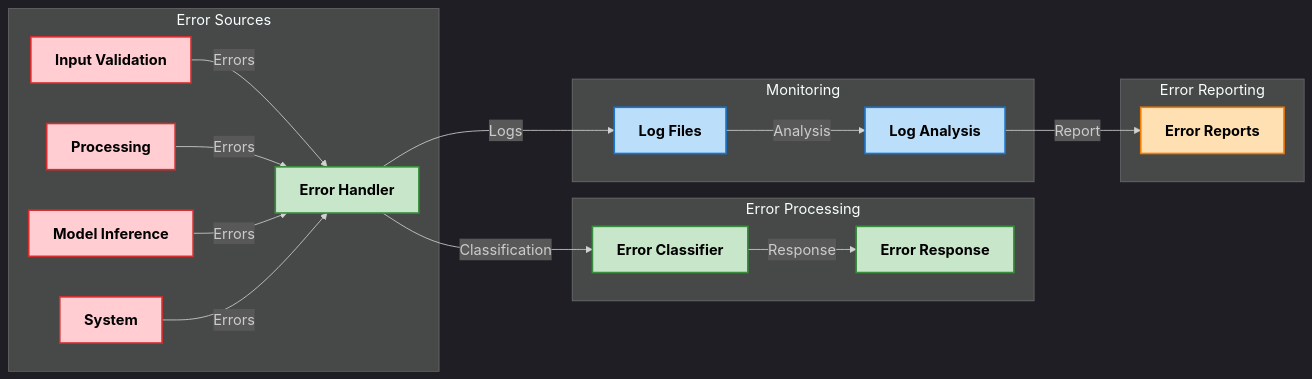
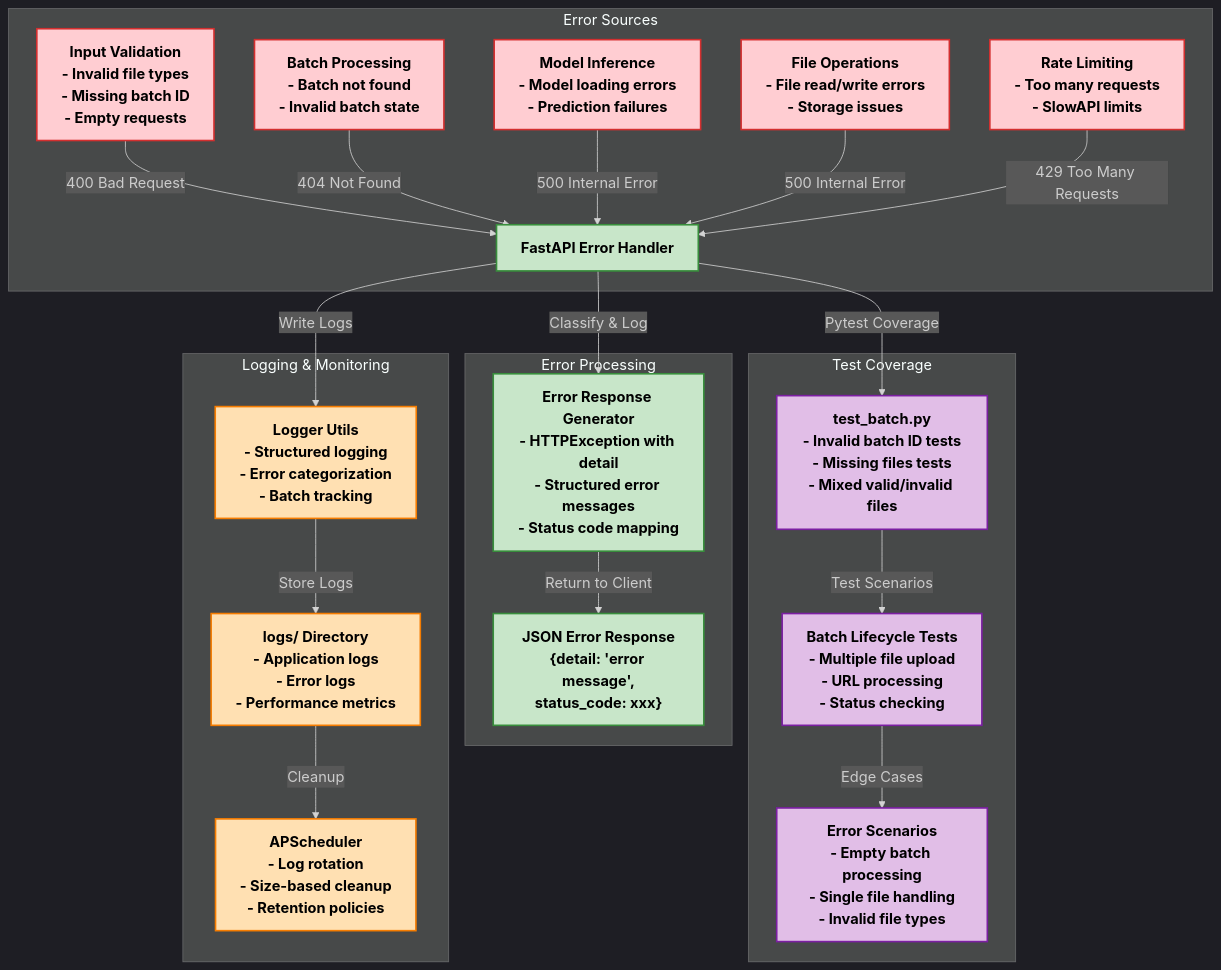
Before and after one commit to Dhruv0306/SymphonyProject1: the seventh of 9 diagrams in README.md, drawn with Mermaid. The commit also changed other lines of this file and 36 other files, not shown here.

First line of the commit message:
docs: enhance architecture and feature documentation

````diff
--- a/README.md
+++ b/README.md
@@ -429,34 +576,42 @@
 ```mermaid
 %%{init: {'theme': 'dark', 'themeVariables': { 'fontFamily': 'arial', 'fontSize': '18px', 'fontWeight': 'bold'}}}%%
-graph LR
+graph TD
     subgraph "Error Sources"
         style A1 fill:#ffcdd2,stroke:#d32f2f,stroke-width:2px,color:#000000,font-weight:bold
         style A2 fill:#ffcdd2,stroke:#d32f2f,stroke-width:2px,color:#000000,font-weight:bold
         style A3 fill:#ffcdd2,stroke:#d32f2f,stroke-width:2px,color:#000000,font-weight:bold
         style A4 fill:#ffcdd2,stroke:#d32f2f,stroke-width:2px,color:#000000,font-weight:bold
-        A1["Input Validation"] -->|"Errors"| B["Error Handler"]
-        A2["Processing"] -->|"Errors"| B
-        A3["Model Inference"] -->|"Errors"| B
-        A4["System"] -->|"Errors"| B
+        style A5 fill:#ffcdd2,stroke:#d32f2f,stroke-width:2px,color:#000000,font-weight:bold
+        A1["Input Validation<br/>- Invalid file types<br/>- Missing batch ID<br/>- Empty requests"] -->|"400 Bad Request"| B["FastAPI Error Handler"]
+        A2["Batch Processing<br/>- Batch not found<br/>- Invalid batch state"] -->|"404 Not Found"| B
+        A3["Model Inference<br/>- Model loading errors<br/>- Prediction failures"] -->|"500 Internal Error"| B
+        A4["File Operations<br/>- File read/write errors<br/>- Storage issues"] -->|"500 Internal Error"| B
+        A5["Rate Limiting<br/>- Too many requests<br/>- SlowAPI limits"] -->|"429 Too Many Requests"| B
     end
 
     subgraph "Error Processing"
         style B fill:#c8e6c9,stroke:#388e3c,stroke-width:2px,color:#000000,font-weight:bold
         style C fill:#c8e6c9,stroke:#388e3c,stroke-width:2px,color:#000000,font-weight:bold
         style D fill:#c8e6c9,stroke:#388e3c,stroke-width:2px,color:#000000,font-weight:bold
-        B -->|"Classification"| C["Error Classifier"]
-        C -->|"Response"| D["Error Response"]
+        B -->|"Classify & Log"| C["Error Response Generator<br/>- HTTPException with detail<br/>- Structured error messages<br/>- Status code mapping"]
+        C -->|"Return to Client"| D["JSON Error Response<br/>{detail: 'error message',<br/>status_code: xxx}"]
     end
 
-    subgraph "Monitoring"
-        style E fill:#bbdefb,stroke:#1976d2,stroke-width:2px,color:#000000,font-weight:bold
-        style F fill:#bbdefb,stroke:#1976d2,stroke-width:2px,color:#000000,font-weight:bold
-        B -->|"Logs"| F["Log Files"]
-        F -->|"Analysis"| E["Log Analysis"]
+    subgraph "Test Coverage"
+        style E fill:#e1bee7,stroke:#7b1fa2,stroke-width:2px,color:#000000,font-weight:bold
+        style F fill:#e1bee7,stroke:#7b1fa2,stroke-width:2px,color:#000000,font-weight:bold
+        style G fill:#e1bee7,stroke:#7b1fa2,stroke-width:2px,color:#000000,font-weight:bold
+        B -->|"Pytest Coverage"| E["test_batch.py<br/>- Invalid batch ID tests<br/>- Missing files tests<br/>- Mixed valid/invalid files"]
+        E -->|"Test Scenarios"| F["Batch Lifecycle Tests<br/>- Multiple file upload<br/>- URL processing<br/>- Status checking"]
+        F -->|"Edge Cases"| G["Error Scenarios<br/>- Empty batch processing<br/>- Single file handling<br/>- Invalid file types"]
     end
 
-    subgraph "Error Reporting"
+    subgraph "Logging & Monitoring"
         style H fill:#ffe0b2,stroke:#f57c00,stroke-width:2px,color:#000000,font-weight:bold
-        E -->|"Report"| H["Error Reports"]
+        style I fill:#ffe0b2,stroke:#f57c00,stroke-width:2px,color:#000000,font-weight:bold
+        style J fill:#ffe0b2,stroke:#f57c00,stroke-width:2px,color:#000000,font-weight:bold
+        B -->|"Write Logs"| H["Logger Utils<br/>- Structured logging<br/>- Error categorization<br/>- Batch tracking"]
+        H -->|"Store Logs"| I["logs/ Directory<br/>- Application logs<br/>- Error logs<br/>- Performance metrics"]
+        I -->|"Cleanup"| J["APScheduler<br/>- Log rotation<br/>- Size-based cleanup<br/>- Retention policies"]
     end
 ```
````
